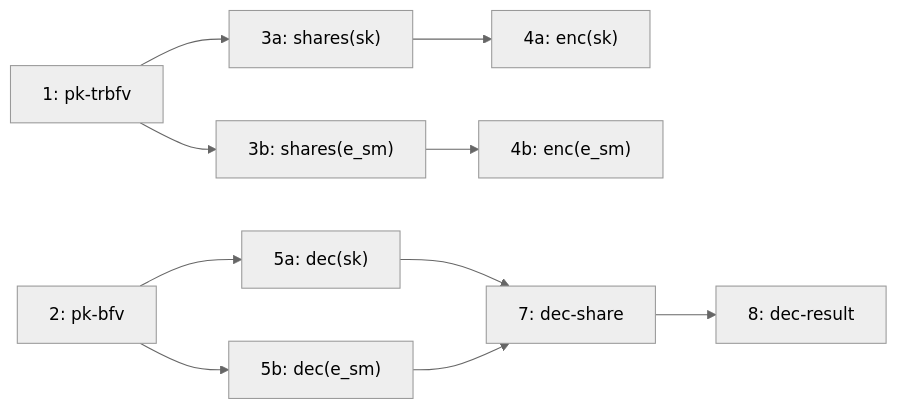
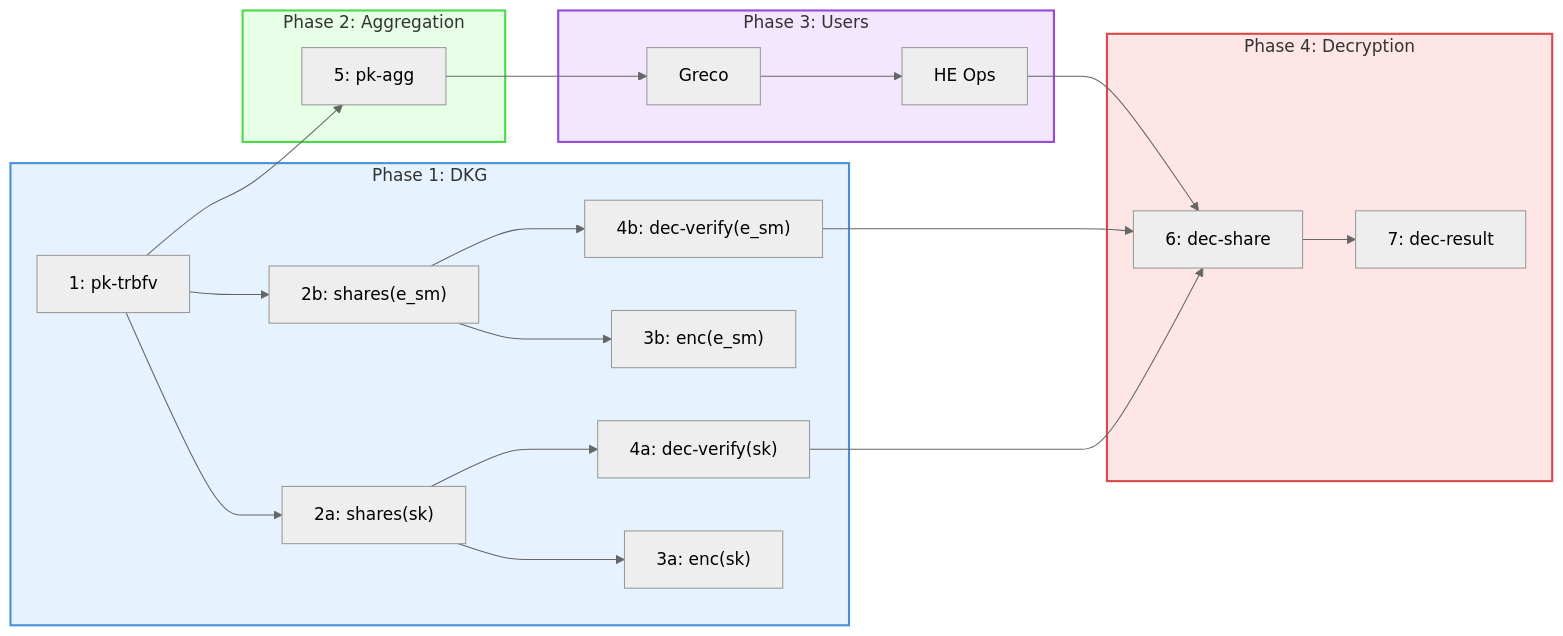
Before and after one commit to gnosisguild/pvss: the second of 2 diagrams in circuits/README.md, drawn with Mermaid (neutral theme). The commit also changed other lines of this file, not shown here.

First line of the commit message:
updated README with protocol details and diagrams

````diff
--- a/circuits/README.md
+++ b/circuits/README.md
@@ -114,14 +211,46 @@
 ```mermaid
 flowchart LR
-    C1["1: pk-trbfv"] --> C3a["3a: shares(sk)"]
-    C1 --> C3b["3b: shares(e_sm)"]
-    C3a --> C4a["4a: enc(sk)"]
-    C3b --> C4b["4b: enc(e_sm)"]
+    subgraph Phase1["Phase 1: DKG"]
+        C1["1: pk-trbfv"]
+        C2a["2a: shares(sk)"]
+        C2b["2b: shares(e_sm)"]
+        C3a["3a: enc(sk)"]
+        C3b["3b: enc(e_sm)"]
+        C4a["4a: dec-verify(sk)"]
+        C4b["4b: dec-verify(e_sm)"]
+        
+        C1 --> C2a
+        C1 --> C2b
+        C2a --> C3a
+        C2b --> C3b
+        C2a --> C4a
+        C2b --> C4b
+    end
     
-    C2["2: pk-bfv"] --> C5a["5a: dec(sk)"]
-    C2 --> C5b["5b: dec(e_sm)"]
+    subgraph Phase2["Phase 2: Aggregation"]
+        C5["5: pk-agg"]
+    end
     
-    C5a --> C7["7: dec-share"]
-    C5b --> C7
-    C7 --> C8["8: dec-result"]
+    subgraph Phase3["Phase 3: Users"]
+        Greco["Greco"]
+        HE["HE Ops"]
+        Greco --> HE
+    end
+    
+    subgraph Phase4["Phase 4: Decryption"]
+        C6["6: dec-share"]
+        C7["7: dec-result"]
+        C6 --> C7
+    end
+    
+    C1 --> C5
+    C5 --> Greco
+    HE --> C6
+    C4a --> C6
+    C4b --> C6
+
+    style Phase1 fill:#e6f3ff,stroke:#4a90d9,stroke-width:2px
+    style Phase2 fill:#e6ffe6,stroke:#4ad94a,stroke-width:2px
+    style Phase3 fill:#f3e6ff,stroke:#9a4ad9,stroke-width:2px
+    style Phase4 fill:#ffe6e6,stroke:#d94a4a,stroke-width:2px
 ```
````
